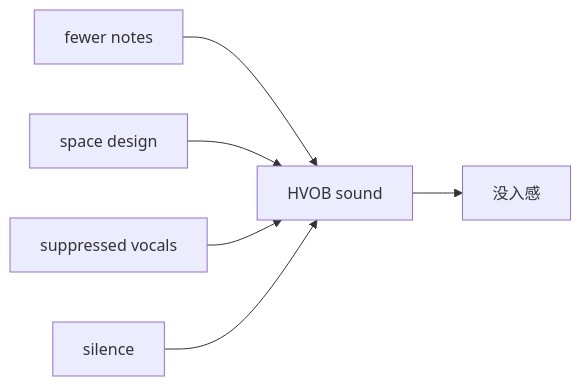
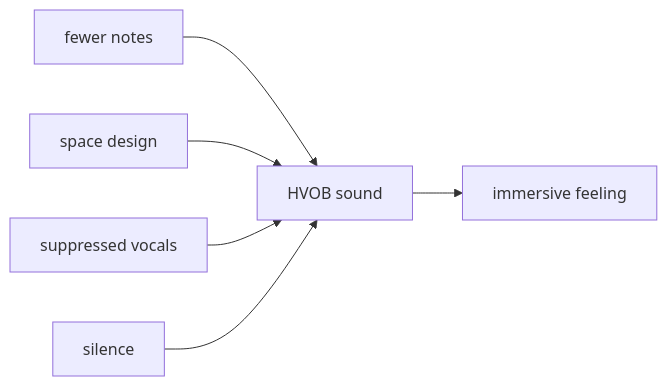
Before and after one commit to monumental-movement/monumental-movement.github.io: the seventh of 12 diagrams in en/_posts/2026-07-19-column-hvob.md, drawn with Mermaid. The commit also changed other lines of this file and 851 other files, not shown here.

```diff
--- a/en/_posts/2026-07-19-column-hvob.md
+++ b/en/_posts/2026-07-19-column-hvob.md
@@ -590,17 +590,17 @@
 <div class="mermaid">
 flowchart LR
 
 A[fewer notes]
 A --> E[HVOB sound]
 
 B[space design]
 B --> E
 
 C[suppressed vocals]
 C --> E
 
 D[silence]
 D --> E
 
-E --> F[没入感]
+E --> F[immersive feeling]
 </div>
```
